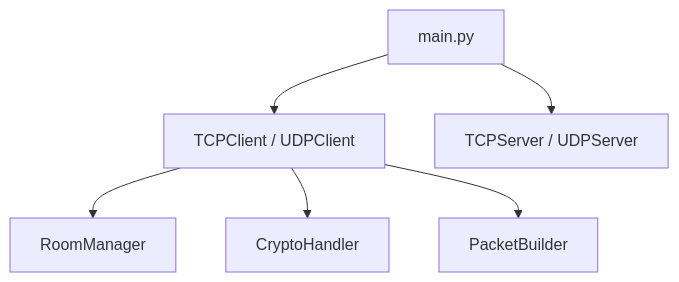
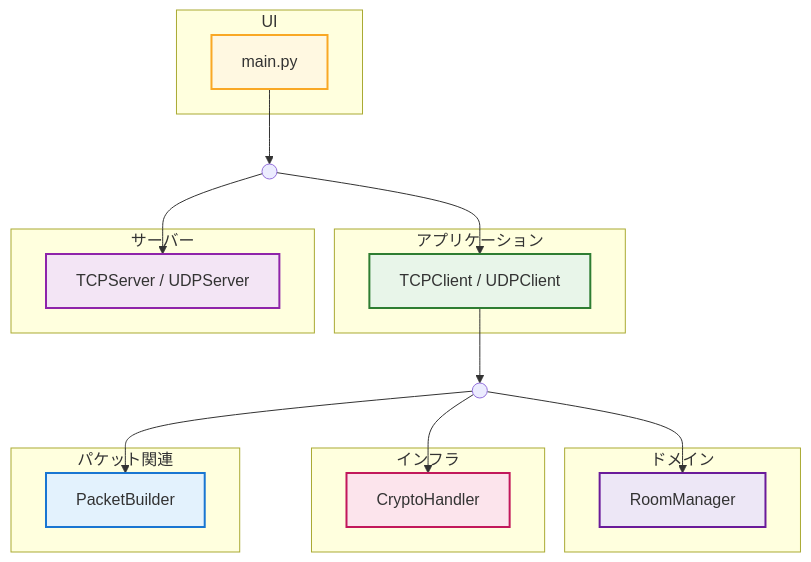
One commit to BackendExplorer/Online-Chat-Service changed the first of 6 diagrams in README.md. Above: the diagram before and after it, drawn with Mermaid.

````diff
--- a/README.md
+++ b/README.md
@@ -1,19 +1,57 @@
 ```mermaid
 graph TD
 
-  UI["main.py"]
-  Application["TCPClient / UDPClient"]
-  Domain["RoomManager"]
-  Infra["CryptoHandler"]
-  Packet["PacketBuilder"]
-  Server["TCPServer / UDPServer"]
+%% スタイル定義
+classDef ui fill:#fff8e1,stroke:#f9a825,stroke-width:2px
+classDef application fill:#e8f5e9,stroke:#2e7d32,stroke-width:2px
+classDef domain fill:#ede7f6,stroke:#6a1b9a,stroke-width:2px
+classDef infra fill:#fce4ec,stroke:#c2185b,stroke-width:2px
+classDef packet fill:#e3f2fd,stroke:#1976d2,stroke-width:2px
+classDef server fill:#f3e5f5,stroke:#8e24aa,stroke-width:2px
 
-  UI --> Application
-  UI --> Server
-  Application --> Domain
-  Application --> Infra
-  Application --> Packet
+%% UI層
+subgraph UIレイヤー\[UI]
+    UI["main.py"]
+    class UI ui
+end
 
+%% アプリケーション層
+subgraph アプリケーションレイヤー\[アプリケーション]
+    App["TCPClient / UDPClient"]
+    class App application
+end
 
+%% ドメイン層
+subgraph ドメインレイヤー\[ドメイン]
+    Domain["RoomManager"]
+    class Domain domain
+end
+
+%% インフラ層
+subgraph インフラレイヤー\[インフラ]
+    Infra["CryptoHandler"]
+    class Infra infra
+end
+
+%% パケット生成
+subgraph パケット処理\[パケット関連]
+    Packet["PacketBuilder"]
+    class Packet packet
+end
+
+%% サーバー層
+subgraph サーバー処理\[サーバー]
+    Server["TCPServer / UDPServer"]
+    class Server server
+end
+
+%% ダミーノードでレイアウト調整
+UI --> M1(( ))
+M1 --> App
+M1 --> Server
+App --> M2(( ))
+M2 --> Domain
+M2 --> Infra
+M2 --> Packet
 
 ```
````
